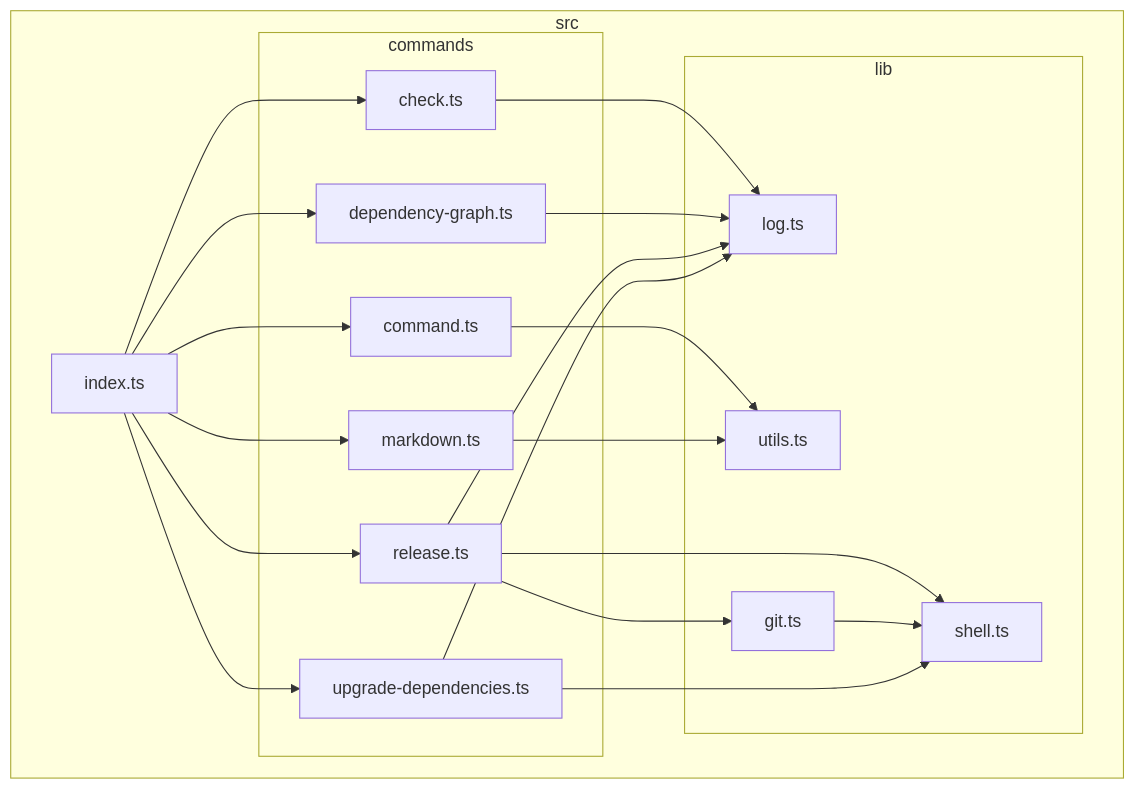
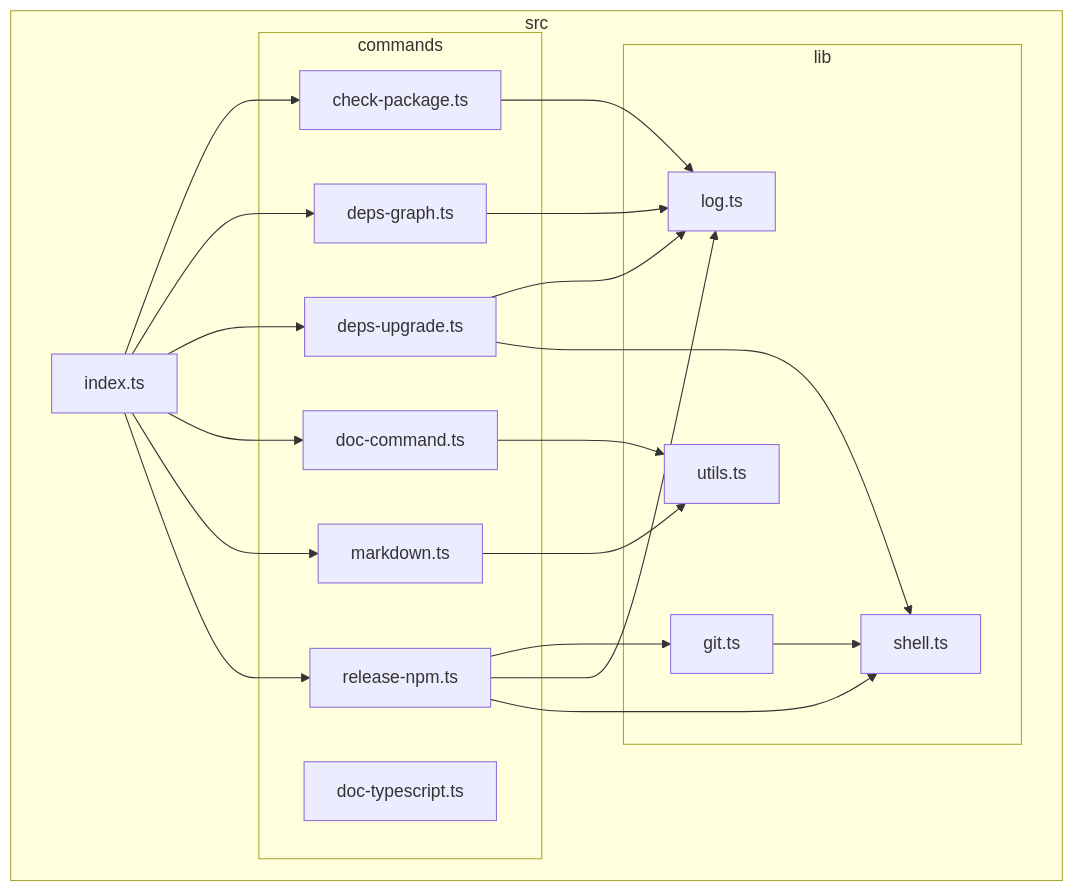
The diagram in README.md (versatiles-org/node-release-tool), drawn with Mermaid before and after one commit. The commit also changed 10 other files, not shown here.

````diff
--- a/README.md
+++ b/README.md
@@ -170,37 +170,38 @@
 ```mermaid
 flowchart TB
 
 subgraph 0["src"]
 subgraph 1["commands"]
-2["check.ts"]
-5["command.ts"]
-7["dependency-graph.ts"]
-8["markdown.ts"]
-9["release.ts"]
-C["upgrade-dependencies.ts"]
+2["check-package.ts"]
+5["deps-graph.ts"]
+6["deps-upgrade.ts"]
+8["doc-command.ts"]
+A["doc-typescript.ts"]
+B["markdown.ts"]
+C["release-npm.ts"]
 end
 subgraph 3["lib"]
 4["log.ts"]
-6["utils.ts"]
-A["git.ts"]
-B["shell.ts"]
+7["shell.ts"]
+9["utils.ts"]
+D["git.ts"]
 end
-D["index.ts"]
+E["index.ts"]
 end
 2-->4
-5-->6
-7-->4
-8-->6
-9-->A
-9-->4
-9-->B
-A-->B
+5-->4
+6-->4
+6-->7
+8-->9
+B-->9
+C-->D
 C-->4
-C-->B
-D-->2
-D-->5
+C-->7
 D-->7
-D-->8
-D-->9
-D-->C
+E-->2
+E-->5
+E-->6
+E-->8
+E-->B
+E-->C
 ```
````
